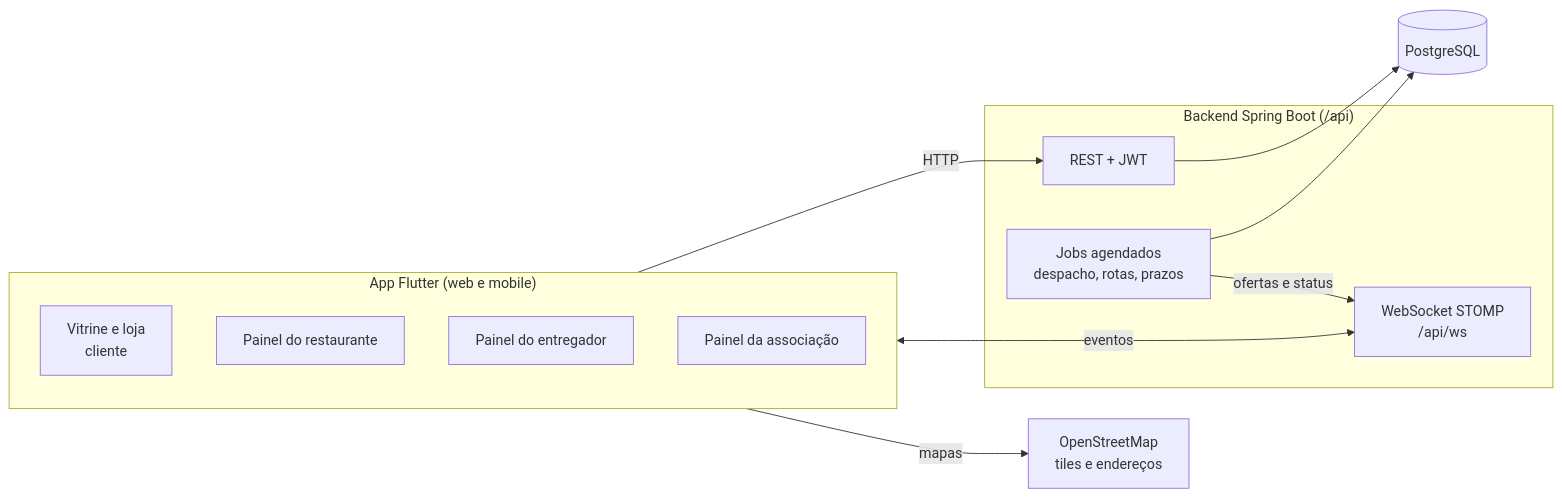
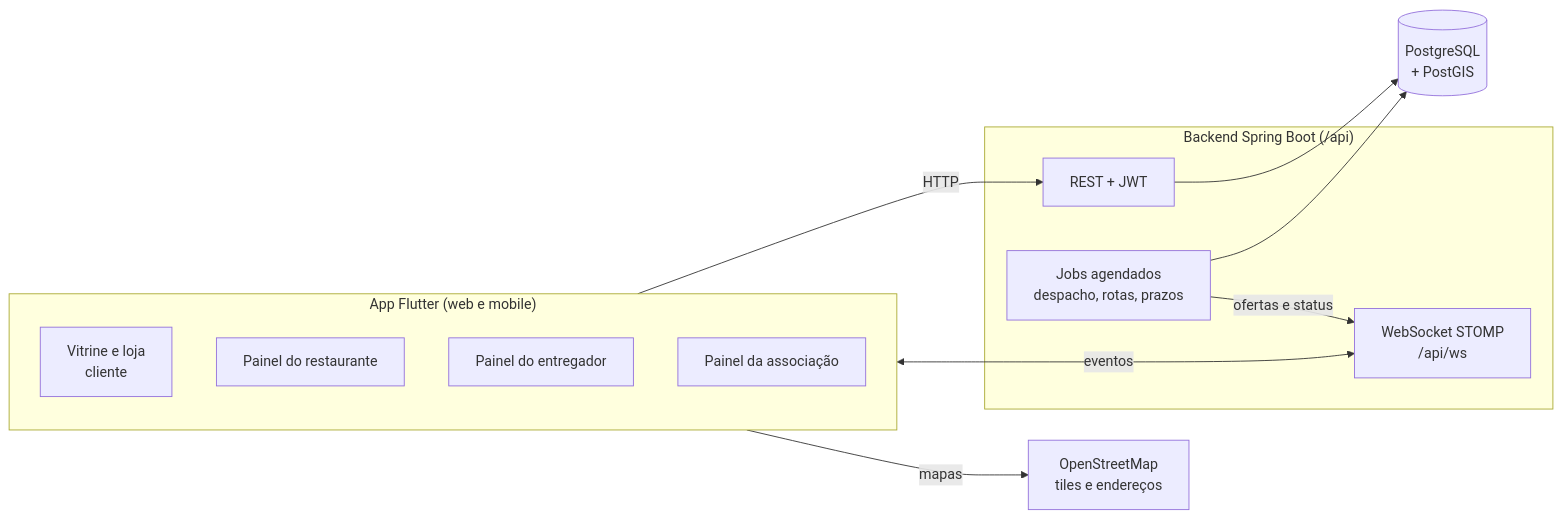
One commit to LucasRamos-Developer/openbag changed the first of 3 diagrams in docs/architecture/README.md. Above: the diagram before and after it, drawn with Mermaid. The commit also changed other lines of this file and 15 other files, not shown here.

First line of the commit message:
Traçado das rotas salvo no PostGIS

````diff
--- a/docs/architecture/README.md
+++ b/docs/architecture/README.md
@@ -11,25 +11,25 @@
 ```mermaid
 flowchart LR
     subgraph App["App Flutter (web e mobile)"]
         V[Vitrine e loja<br/>cliente]
         R[Painel do restaurante]
         E[Painel do entregador]
         A[Painel da associação]
     end
 
     subgraph API["Backend Spring Boot (/api)"]
         REST[REST + JWT]
         WS[WebSocket STOMP<br/>/api/ws]
         JOBS[Jobs agendados<br/>despacho, rotas, prazos]
     end
 
-    DB[(PostgreSQL)]
+    DB[(PostgreSQL<br/>+ PostGIS)]
     OSM[OpenStreetMap<br/>tiles e endereços]
 
     App -- HTTP --> REST
     App <-- eventos --> WS
     REST --> DB
     JOBS --> DB
     JOBS -- ofertas e status --> WS
     App -- mapas --> OSM
 ```
````
